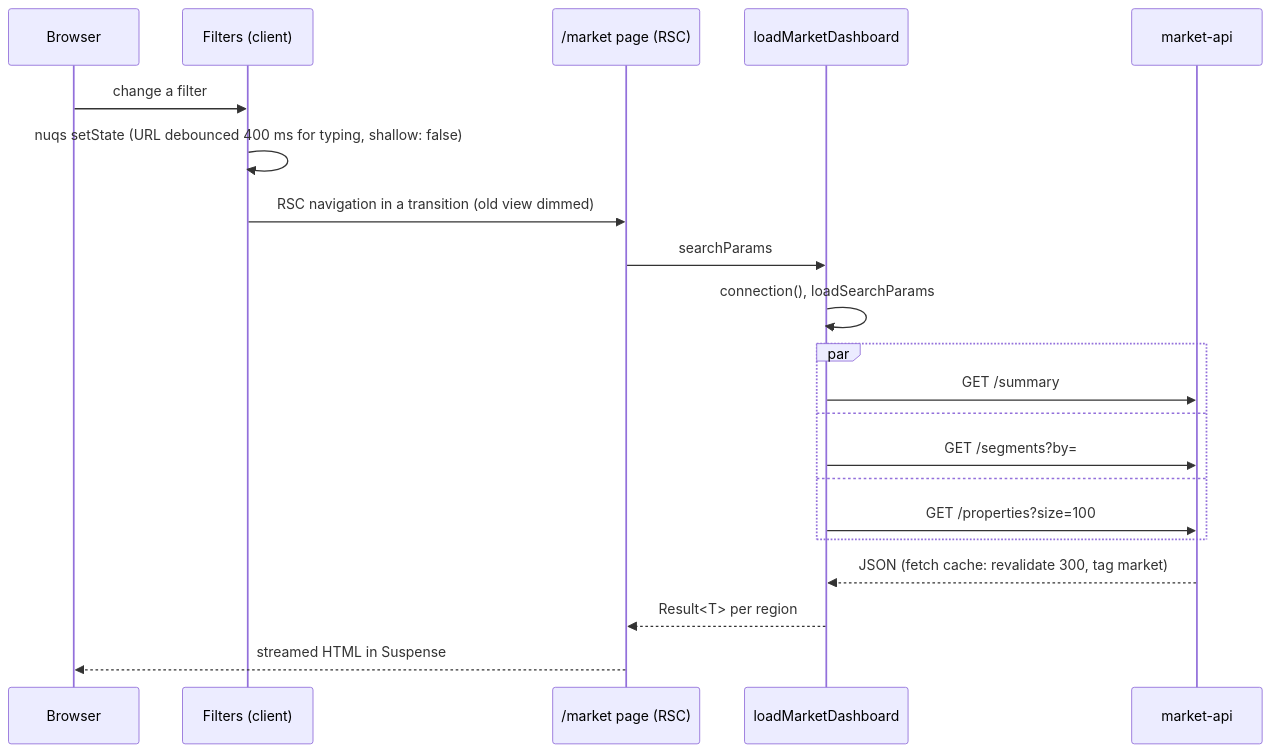
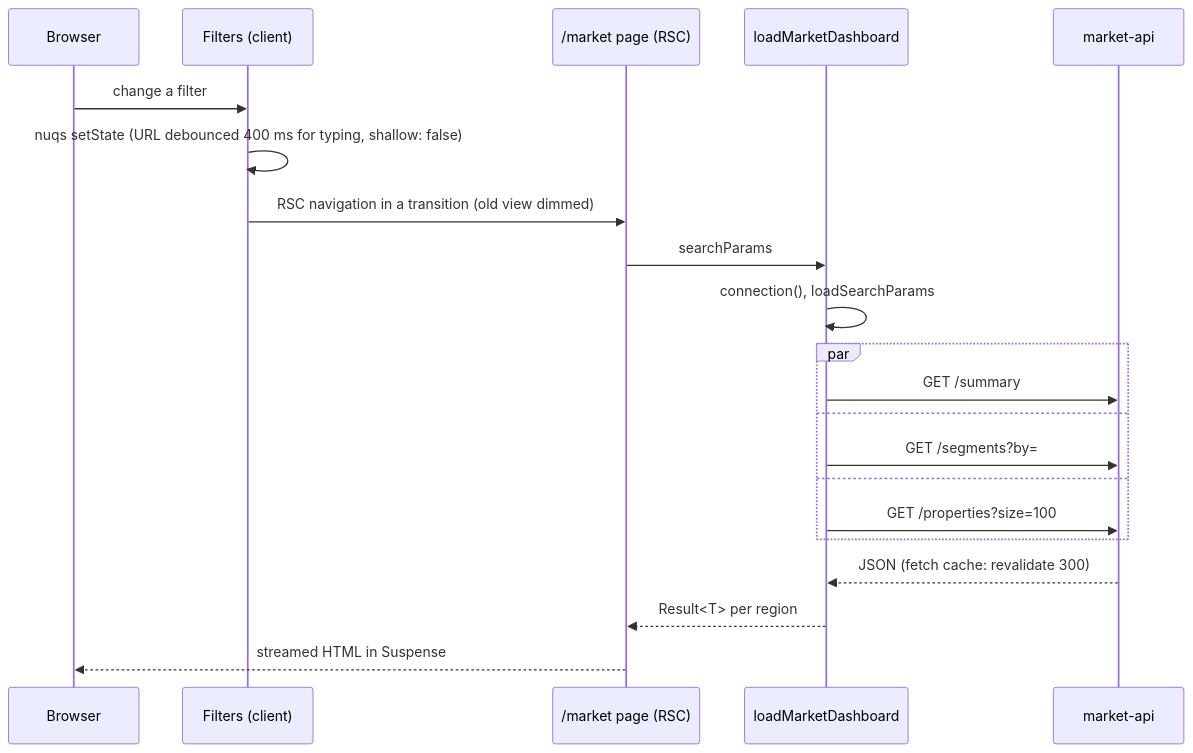
The third of 3 diagrams in web/ARCHITECTURE.md (Ekhrapykin/housing-prediction-portal), drawn with Mermaid before and after one commit. The commit also changed other lines of this file and 19 other files, not shown here.

````diff
--- a/web/ARCHITECTURE.md
+++ b/web/ARCHITECTURE.md
@@ -75,23 +75,23 @@
 ```mermaid
 sequenceDiagram
   participant U as Browser
   participant F as Filters (client)
   participant P as /market page (RSC)
   participant L as loadMarketDashboard
   participant M as market-api
   U->>F: change a filter
   F->>F: nuqs setState (URL debounced 400 ms for typing, shallow: false)
   F->>P: RSC navigation in a transition (old view dimmed)
   P->>L: searchParams
   L->>L: connection(), loadSearchParams
   par
     L->>M: GET /summary
   and
     L->>M: GET /segments?by=
   and
     L->>M: GET /properties?size=100
   end
-  M-->>L: JSON (fetch cache: revalidate 300, tag market)
+  M-->>L: JSON (fetch cache: revalidate 300)
   L-->>P: Result<T> per region
   P-->>U: streamed HTML in Suspense
 ```
````
